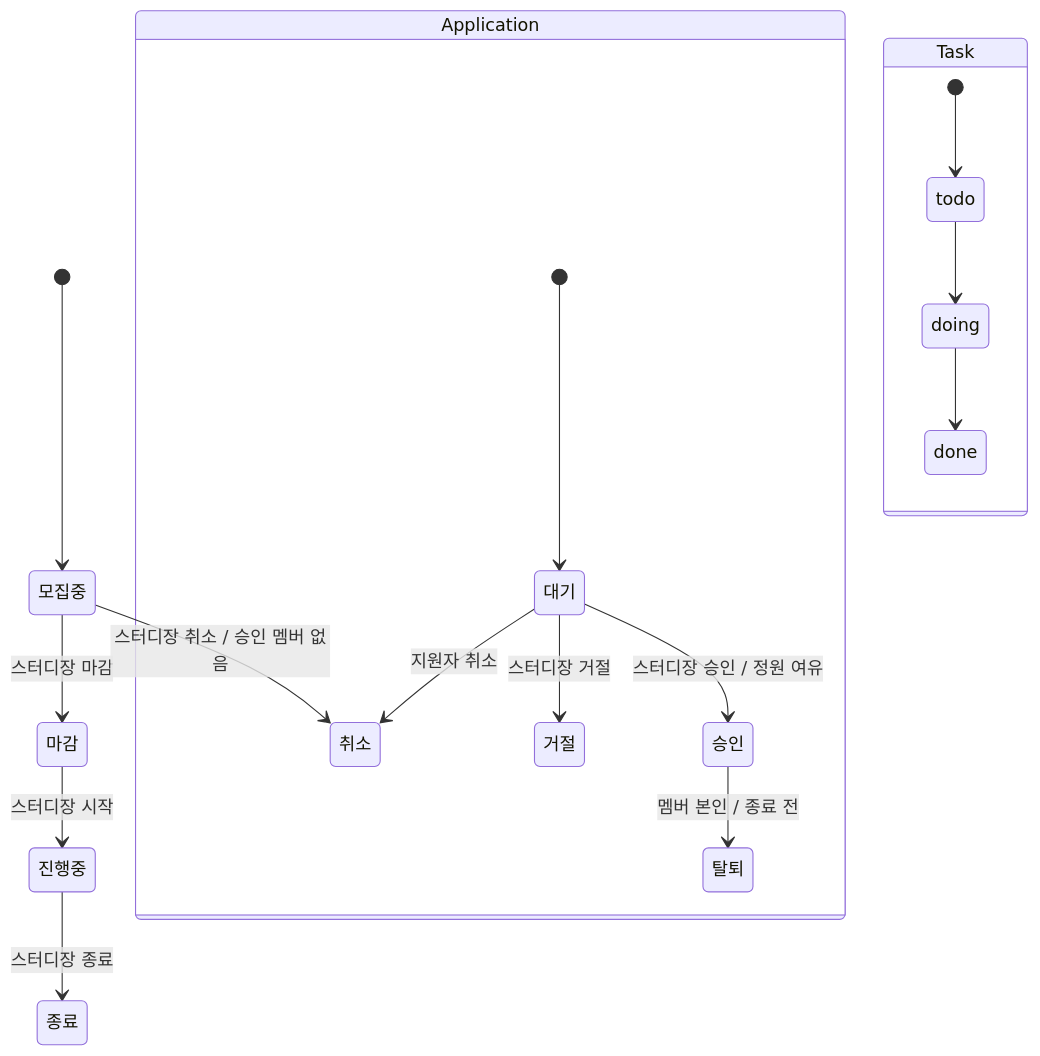
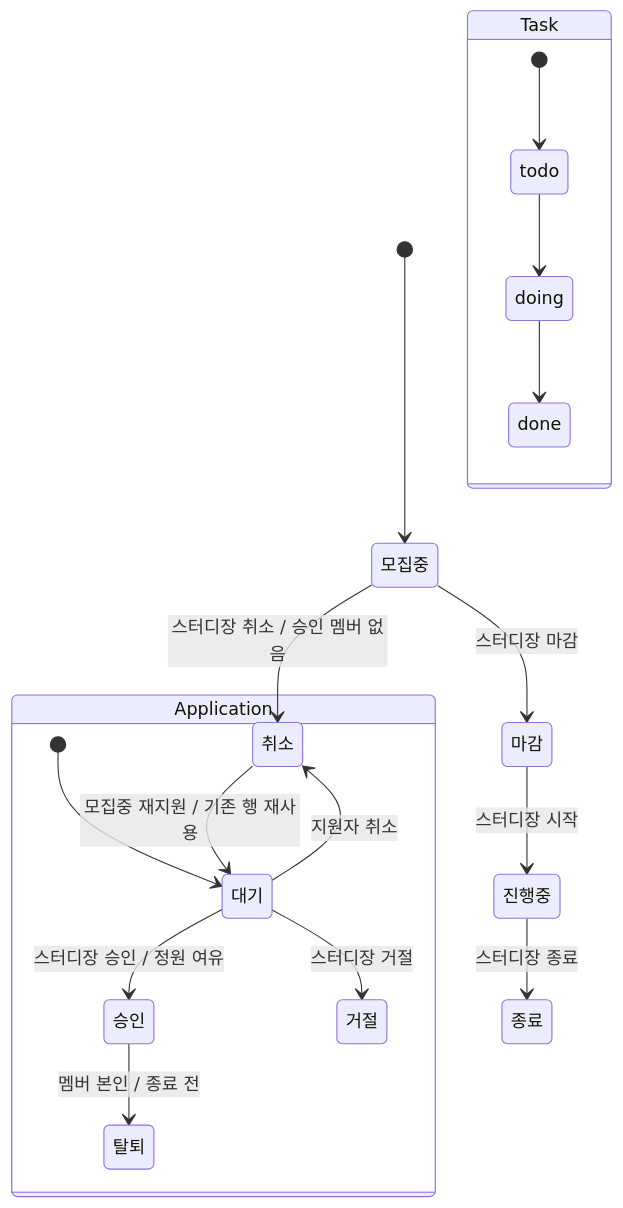
One commit to skfls0721/study-recruitment-management changed the first of 2 diagrams in docs/design.md. Above: the diagram before and after it, drawn with Mermaid. The commit also changed other lines of this file and 14 other files, not shown here.

````diff
--- a/docs/design.md
+++ b/docs/design.md
@@ -9,20 +9,21 @@
 ```mermaid
 stateDiagram-v2
   [*] --> 모집중
   모집중 --> 마감: 스터디장 마감
   모집중 --> 취소: 스터디장 취소 / 승인 멤버 없음
   마감 --> 진행중: 스터디장 시작
   진행중 --> 종료: 스터디장 종료
   state Application {
     [*] --> 대기
     대기 --> 승인: 스터디장 승인 / 정원 여유
     대기 --> 거절: 스터디장 거절
     대기 --> 취소: 지원자 취소
+    취소 --> 대기: 모집중 재지원 / 기존 행 재사용
     승인 --> 탈퇴: 멤버 본인 / 종료 전
   }
   state Task {
     [*] --> todo
     todo --> doing
     doing --> done
   }
 ```
````
